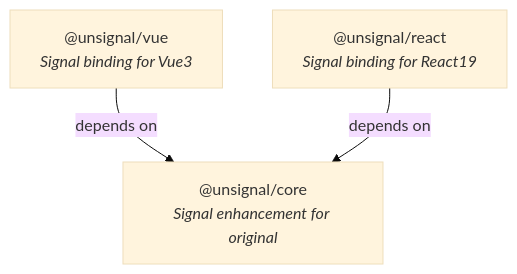
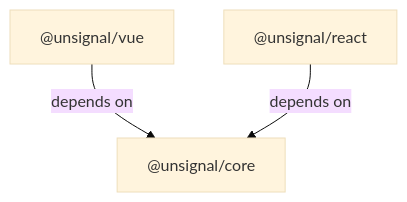
Before and after one commit to huang-xiao-jian/unsignal: the diagram in AGENTS.md, drawn with Mermaid (base theme). The commit also changed other lines of this file and 9 other files, not shown here.

````diff
--- a/AGENTS.md
+++ b/AGENTS.md
@@ -33,9 +36,9 @@
 ```mermaid
 graph TD
-    core["@unsignal/core<br/><i>Signal enhancement for original</i>"]
-    vue["@unsignal/vue<br/><i>Signal binding for Vue3</i>"]
-    react["@unsignal/react<br/><i>Signal binding for React19</i>"]
+    core["@unsignal/core"]
+    vue["@unsignal/vue"]
+    react["@unsignal/react"]
 
     vue -->|depends on| core
     react -->|depends on| core
 ```
````
